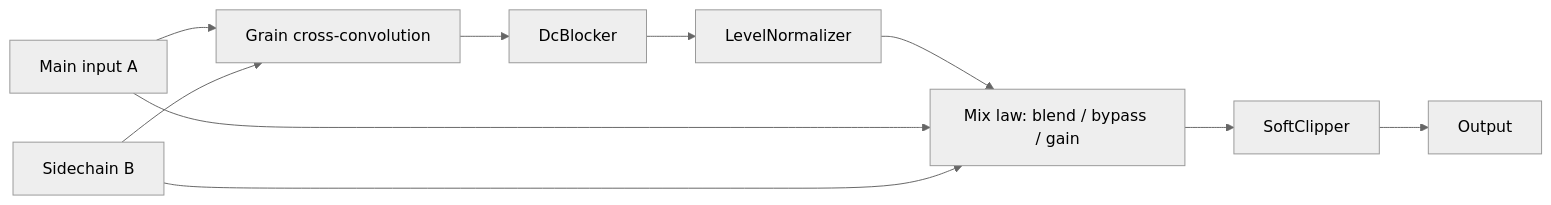
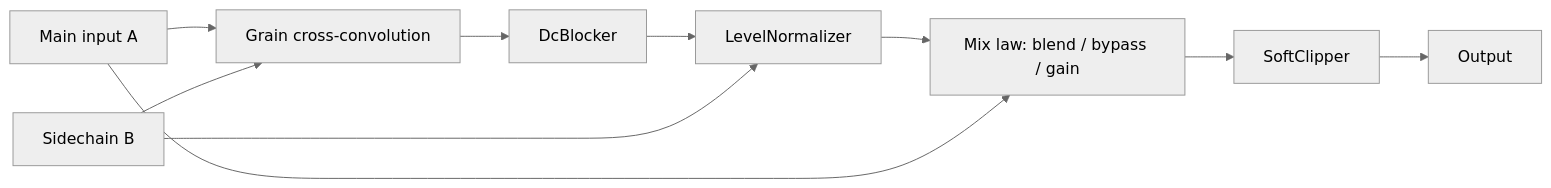
Before and after one commit to mrod502/vst3: the diagram in AGENTS.md, drawn with Mermaid (neutral theme). The commit also changed other lines of this file and 4 other files, not shown here.

````diff
--- a/AGENTS.md
+++ b/AGENTS.md
@@ -16,9 +17,9 @@
 ```mermaid
 graph LR
   A[Main input A] --> G[Grain cross-convolution]
   B[Sidechain B] --> G
   G --> DC[DcBlocker] --> LN[LevelNormalizer] --> MIX[Mix law: blend / bypass / gain]
   A --> MIX
-  B --> MIX
+  B --> LN
   MIX --> CL[SoftClipper] --> OUT[Output]
 ```
````
